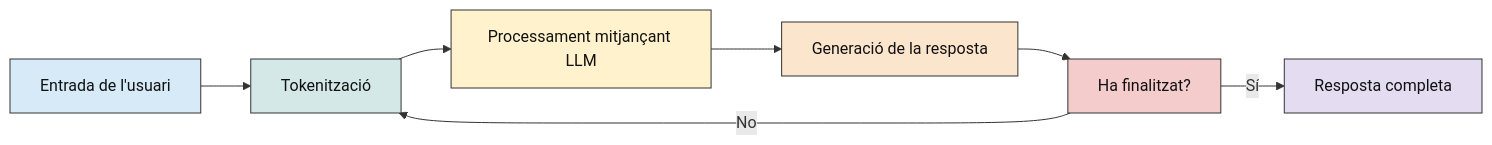
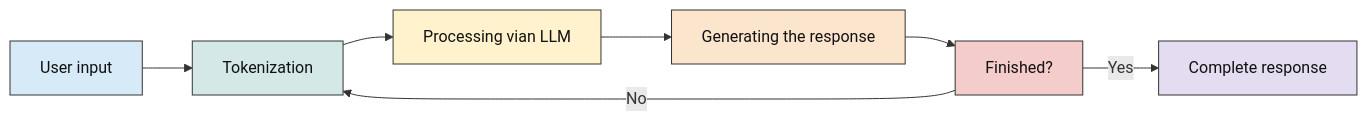
One commit to eetac/Visual_tools_for_AI changed the diagram in AI_Observability/docs/01_llm.md. Above: the diagram before and after it, drawn with Mermaid. The commit also changed other lines of this file and 31 other files, not shown here.

````diff
--- a/AI_Observability/docs/01_llm.md
+++ b/AI_Observability/docs/01_llm.md
@@ -13,23 +13,23 @@
 ```mermaid
 flowchart LR
-    A["Entrada de l'usuari"] --> B["Tokenització"]
-    B --> C["Processament mitjançant LLM"]
-    C --> D["Generació de la resposta"]
-    D --> E["Ha finalitzat?"]
+    A["User input"] --> B["Tokenization"]
+    B --> C["Processing vian LLM"]
+    C --> D["Generating the response"]
+    D --> E["Finished?"]
     E -->|No| B
-    E -->|Sí| F["Resposta completa"]
+    E -->|Yes| F["Complete response"]
 
     classDef entrada fill:#D6EAF8,stroke:#333333,color:#111111
     classDef token fill:#D5E8E8,stroke:#333333,color:#111111
     classDef process fill:#FFF2CC,stroke:#333333,color:#111111
     classDef generacio fill:#FCE5CD,stroke:#333333,color:#111111
     classDef decisio fill:#F4CCCC,stroke:#333333,color:#111111
     classDef resposta fill:#E4DDF1,stroke:#333333,color:#111111
 
     class A entrada
     class B token
     class C process
     class D generacio
     class E decisio
     class F resposta
 ```
````
